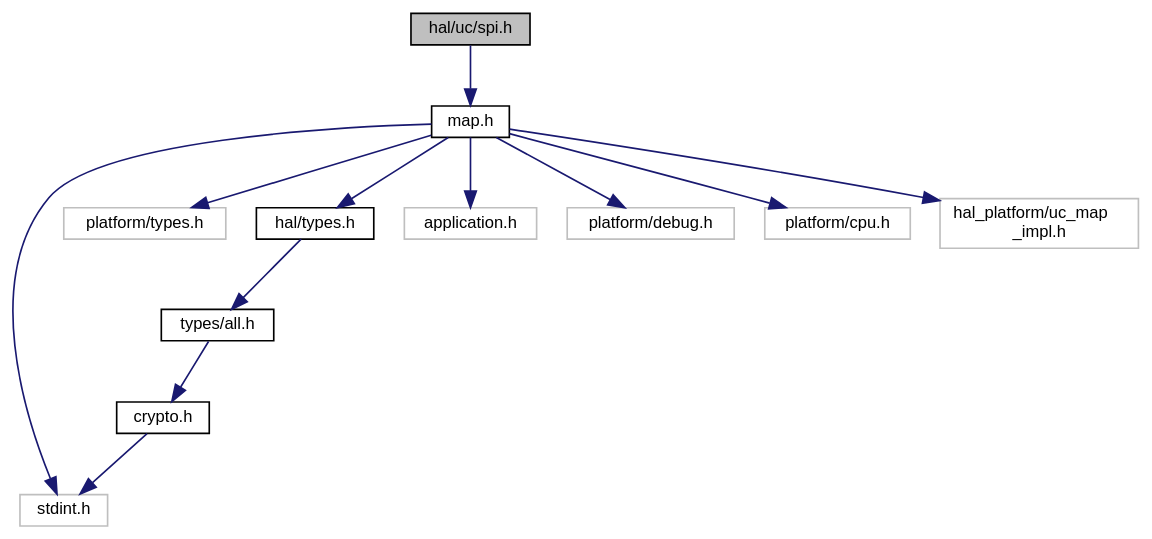
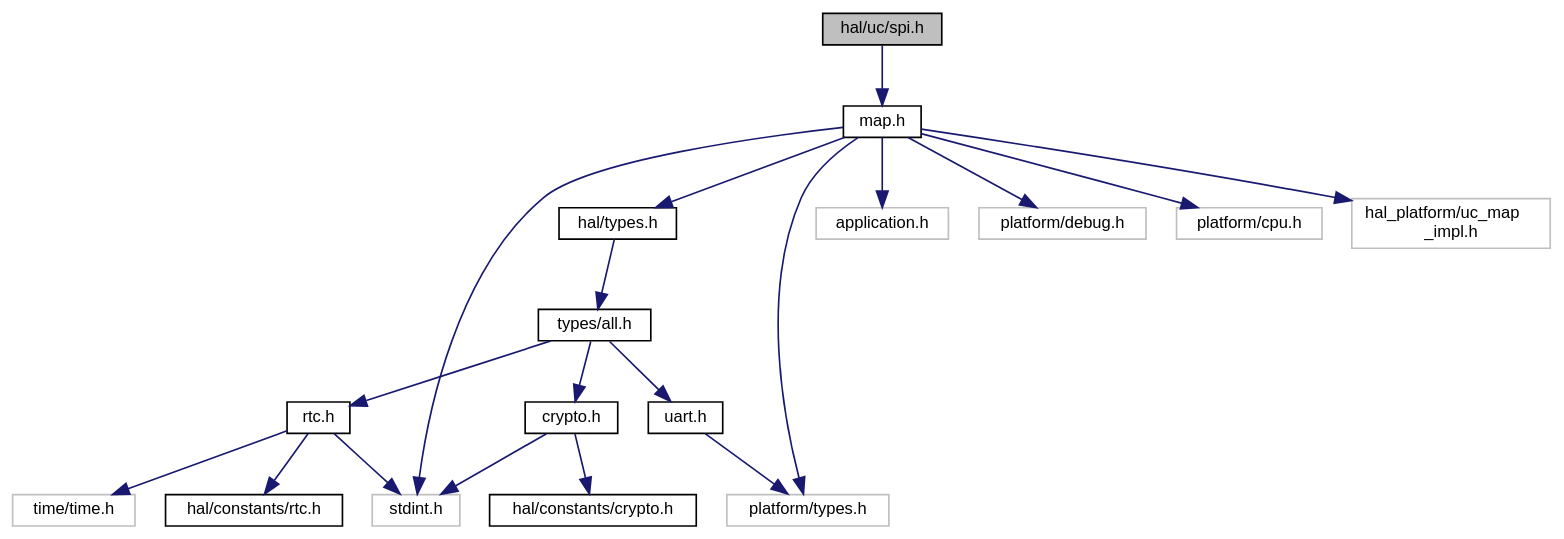
The diagram in spi_8h__incl.dot (ebs-universe/piolib-hal-uc), drawn with Graphviz before and after one commit. The commit also changed 152 other files, not shown here.

```diff
--- a/spi_8h__incl.dot
+++ b/spi_8h__incl.dot
@@ -1,30 +1,42 @@
 digraph "hal/uc/spi.h"
 {
  // INTERACTIVE_SVG=YES
  // LATEX_PDF_SIZE
   bgcolor="transparent";
   edge [fontname="Helvetica",fontsize="10",labelfontname="Helvetica",labelfontsize="10"];
   node [fontname="Helvetica",fontsize="10",shape=record];
   Node1 [label="hal/uc/spi.h",height=0.2,width=0.4,color="black", fillcolor="grey75", style="filled", fontcolor="black",tooltip="HAL for SPI interfaces."];
   Node1 -> Node2 [color="midnightblue",fontsize="10",style="solid",fontname="Helvetica"];
   Node2 [label="map.h",height=0.2,width=0.4,color="black",URL="$map_8h.html",tooltip="HAL for uC Peripheral Map."];
   Node2 -> Node3 [color="midnightblue",fontsize="10",style="solid",fontname="Helvetica"];
   Node3 [label="stdint.h",height=0.2,width=0.4,color="grey75",tooltip=" "];
   Node2 -> Node4 [color="midnightblue",fontsize="10",style="solid",fontname="Helvetica"];
   Node4 [label="platform/types.h",height=0.2,width=0.4,color="grey75",tooltip=" "];
   Node2 -> Node5 [color="midnightblue",fontsize="10",style="solid",fontname="Helvetica"];
   Node5 [label="hal/types.h",height=0.2,width=0.4,color="black",URL="$types_8h_source.html",tooltip=" "];
   Node5 -> Node6 [color="midnightblue",fontsize="10",style="solid",fontname="Helvetica"];
   Node6 [label="types/all.h",height=0.2,width=0.4,color="black",URL="$types_2all_8h_source.html",tooltip=" "];
   Node6 -> Node7 [color="midnightblue",fontsize="10",style="solid",fontname="Helvetica"];
   Node7 [label="crypto.h",height=0.2,width=0.4,color="black",URL="$types_2crypto_8h_source.html",tooltip=" "];
   Node7 -> Node3 [color="midnightblue",fontsize="10",style="solid",fontname="Helvetica"];
-  Node2 -> Node8 [color="midnightblue",fontsize="10",style="solid",fontname="Helvetica"];
-  Node8 [label="application.h",height=0.2,width=0.4,color="grey75",tooltip=" "];
-  Node2 -> Node9 [color="midnightblue",fontsize="10",style="solid",fontname="Helvetica"];
-  Node9 [label="platform/debug.h",height=0.2,width=0.4,color="grey75",tooltip=" "];
-  Node2 -> Node10 [color="midnightblue",fontsize="10",style="solid",fontname="Helvetica"];
-  Node10 [label="platform/cpu.h",height=0.2,width=0.4,color="grey75",tooltip=" "];
-  Node2 -> Node11 [color="midnightblue",fontsize="10",style="solid",fontname="Helvetica"];
-  Node11 [label="hal_platform/uc_map\l_impl.h",height=0.2,width=0.4,color="grey75",tooltip=" "];
+  Node7 -> Node8 [color="midnightblue",fontsize="10",style="solid",fontname="Helvetica"];
+  Node8 [label="hal/constants/crypto.h",height=0.2,width=0.4,color="black",URL="$constants_2crypto_8h_source.html",tooltip=" "];
+  Node6 -> Node9 [color="midnightblue",fontsize="10",style="solid",fontname="Helvetica"];
+  Node9 [label="rtc.h",height=0.2,width=0.4,color="black",URL="$types_2rtc_8h_source.html",tooltip=" "];
+  Node9 -> Node3 [color="midnightblue",fontsize="10",style="solid",fontname="Helvetica"];
+  Node9 -> Node10 [color="midnightblue",fontsize="10",style="solid",fontname="Helvetica"];
+  Node10 [label="hal/constants/rtc.h",height=0.2,width=0.4,color="black",URL="$constants_2rtc_8h_source.html",tooltip=" "];
+  Node9 -> Node11 [color="midnightblue",fontsize="10",style="solid",fontname="Helvetica"];
+  Node11 [label="time/time.h",height=0.2,width=0.4,color="grey75",tooltip=" "];
+  Node6 -> Node12 [color="midnightblue",fontsize="10",style="solid",fontname="Helvetica"];
+  Node12 [label="uart.h",height=0.2,width=0.4,color="black",URL="$types_2uart_8h_source.html",tooltip=" "];
+  Node12 -> Node4 [color="midnightblue",fontsize="10",style="solid",fontname="Helvetica"];
+  Node2 -> Node13 [color="midnightblue",fontsize="10",style="solid",fontname="Helvetica"];
+  Node13 [label="application.h",height=0.2,width=0.4,color="grey75",tooltip=" "];
+  Node2 -> Node14 [color="midnightblue",fontsize="10",style="solid",fontname="Helvetica"];
+  Node14 [label="platform/debug.h",height=0.2,width=0.4,color="grey75",tooltip=" "];
+  Node2 -> Node15 [color="midnightblue",fontsize="10",style="solid",fontname="Helvetica"];
+  Node15 [label="platform/cpu.h",height=0.2,width=0.4,color="grey75",tooltip=" "];
+  Node2 -> Node16 [color="midnightblue",fontsize="10",style="solid",fontname="Helvetica"];
+  Node16 [label="hal_platform/uc_map\l_impl.h",height=0.2,width=0.4,color="grey75",tooltip=" "];
 }
```
